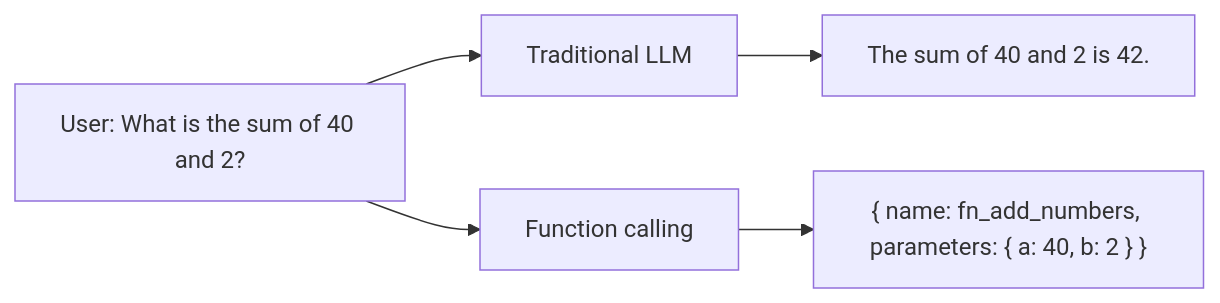
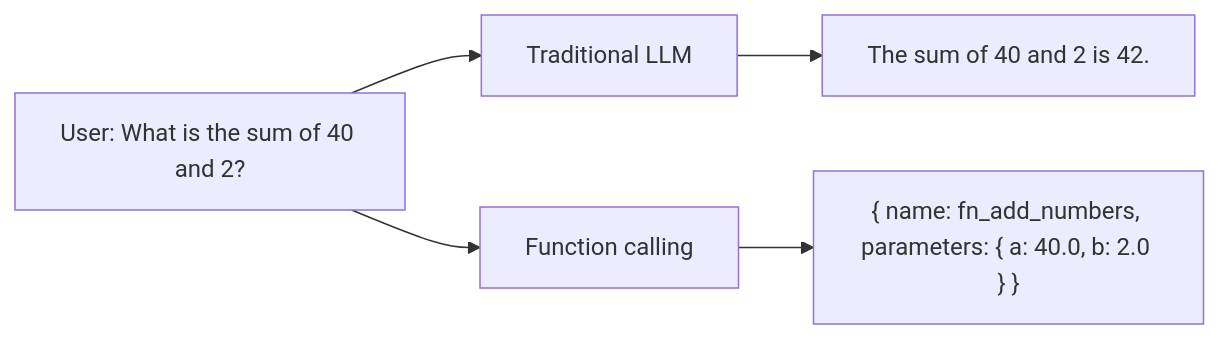
The first of 16 diagrams in project.md (fathe4wiin/Call-Me-Maybe), drawn with Mermaid before and after one commit. The commit also changed other lines of this file and 17 other files, not shown here.

````diff
--- a/project.md
+++ b/project.md
@@ -16,7 +16,7 @@
 ```mermaid
 flowchart LR
     U["User: What is the sum of 40 and 2?"] --> T["Traditional LLM"]
     U --> F["Function calling"]
     T --> P["The sum of 40 and 2 is 42."]
-    F --> J["{ name: fn_add_numbers, parameters: { a: 40, b: 2 } }"]
+    F --> J["{ name: fn_add_numbers, parameters: { a: 40.0, b: 2.0 } }"]
 ```
````
